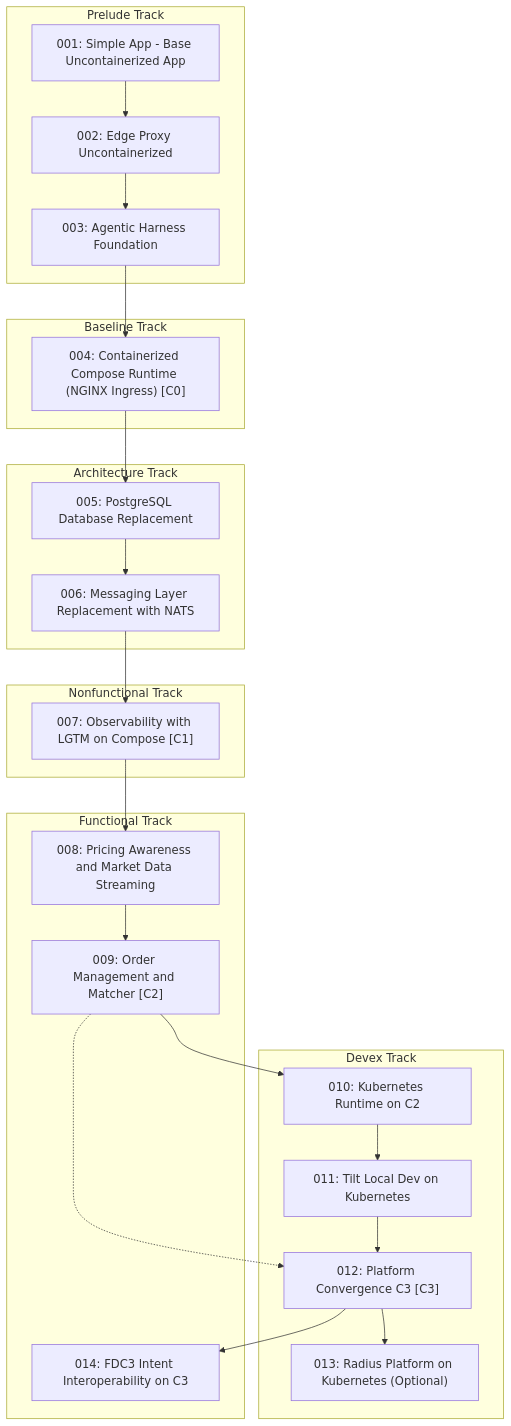
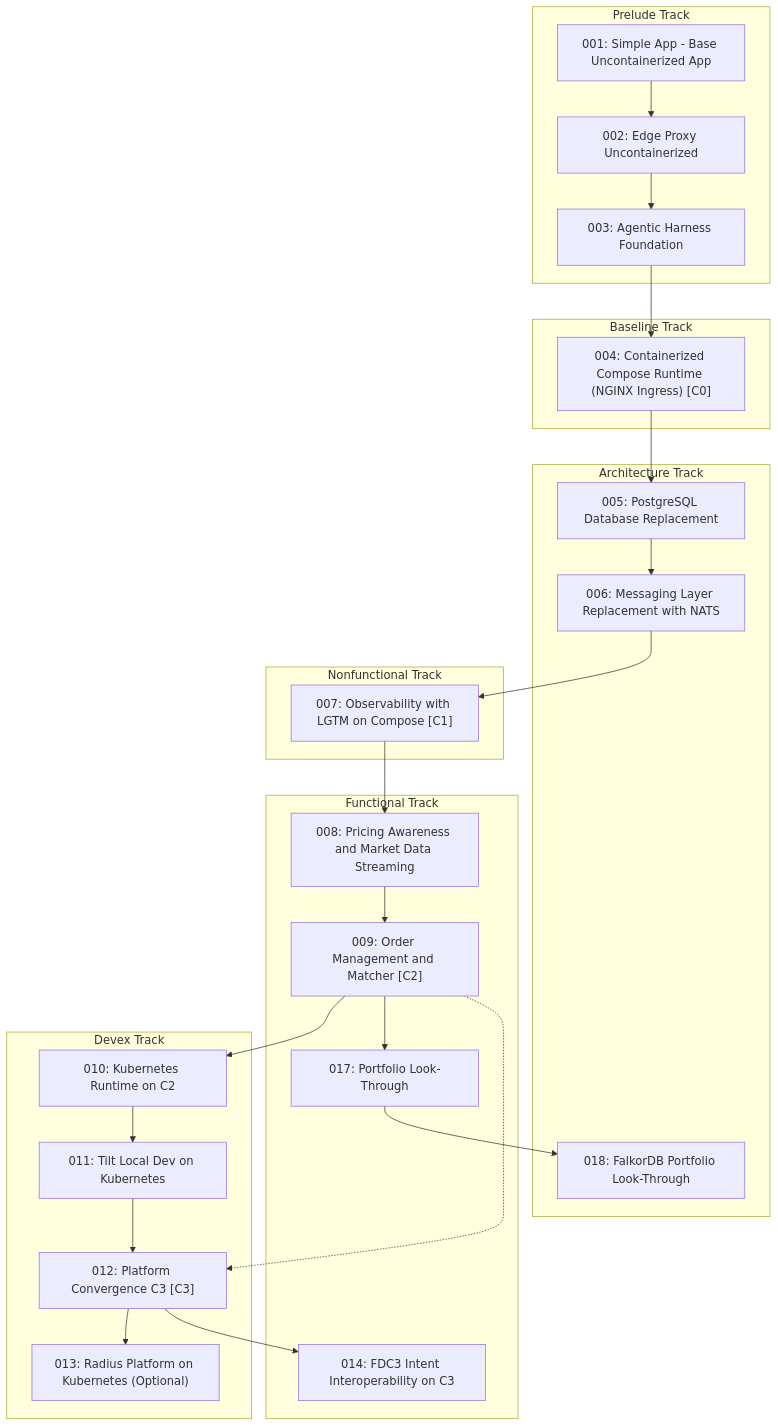
One commit to finos/traderX changed the third of 3 diagrams in docs/learning-paths/index.md. Above: the diagram before and after it, drawn with Mermaid. The commit also changed other lines of this file and 93 other files, not shown here.

Commit message:
Add portfolio look-through experiment states 017 and 018

````diff
--- a/docs/learning-paths/index.md
+++ b/docs/learning-paths/index.md
@@ -112,44 +120,48 @@
 ```mermaid
 flowchart TB
   subgraph PRELUDE["Prelude Track"]
     S001_baseline_uncontainerized_parity["001: Simple App - Base Uncontainerized App"]
     S002_edge_proxy_uncontainerized["002: Edge Proxy Uncontainerized"]
     S003_agentic_harness_foundation["003: Agentic Harness Foundation"]
   end
   subgraph BASELINE["Baseline Track"]
     S004_containerized_compose_runtime["004: Containerized Compose Runtime (NGINX Ingress) [C0]"]
   end
   subgraph ARCHITECTURE["Architecture Track"]
     S005_postgres_database_replacement["005: PostgreSQL Database Replacement"]
     S006_messaging_nats_replacement["006: Messaging Layer Replacement with NATS"]
+    S018_falkordb_lookthrough["018: FalkorDB Portfolio Look-Through"]
   end
   subgraph NONFUNCTIONAL["Nonfunctional Track"]
     S007_observability_lgtm_compose["007: Observability with LGTM on Compose [C1]"]
   end
   subgraph FUNCTIONAL["Functional Track"]
     S008_pricing_awareness_market_data["008: Pricing Awareness and Market Data Streaming"]
     S009_order_management_matcher["009: Order Management and Matcher [C2]"]
     S014_fdc3_intent_interoperability["014: FDC3 Intent Interoperability on C3"]
+    S017_portfolio_lookthrough["017: Portfolio Look-Through"]
   end
   subgraph DEVEX["Devex Track"]
     S010_kubernetes_runtime["010: Kubernetes Runtime on C2"]
     S011_tilt_kubernetes_dev_loop["011: Tilt Local Dev on Kubernetes"]
     S012_platform_convergence_c3["012: Platform Convergence C3 [C3]"]
     S013_radius_kubernetes_platform["013: Radius Platform on Kubernetes (Optional)"]
   end
   S001_baseline_uncontainerized_parity --> S002_edge_proxy_uncontainerized
   S002_edge_proxy_uncontainerized --> S003_agentic_harness_foundation
   S003_agentic_harness_foundation --> S004_containerized_compose_runtime
   S004_containerized_compose_runtime --> S005_postgres_database_replacement
   S005_postgres_database_replacement --> S006_messaging_nats_replacement
   S006_messaging_nats_replacement --> S007_observability_lgtm_compose
   S007_observability_lgtm_compose --> S008_pricing_awareness_market_data
   S008_pricing_awareness_market_data --> S009_order_management_matcher
   S009_order_management_matcher --> S010_kubernetes_runtime
   S010_kubernetes_runtime --> S011_tilt_kubernetes_dev_loop
   S011_tilt_kubernetes_dev_loop --> S012_platform_convergence_c3
   S012_platform_convergence_c3 --> S013_radius_kubernetes_platform
   S012_platform_convergence_c3 --> S014_fdc3_intent_interoperability
+  S009_order_management_matcher --> S017_portfolio_lookthrough
+  S017_portfolio_lookthrough --> S018_falkordb_lookthrough
   S009_order_management_matcher -.-> S012_platform_convergence_c3
   classDef convergence fill:#d7f5dd,stroke:#2e7d32,stroke-width:2px
 ```
````
